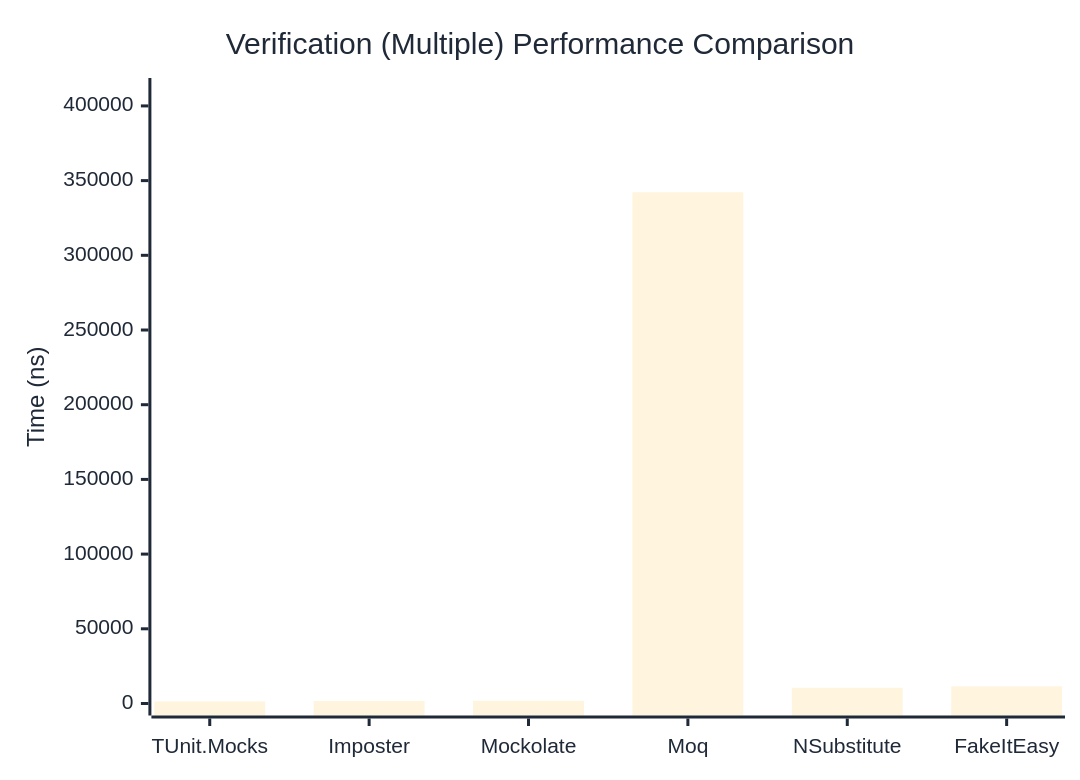
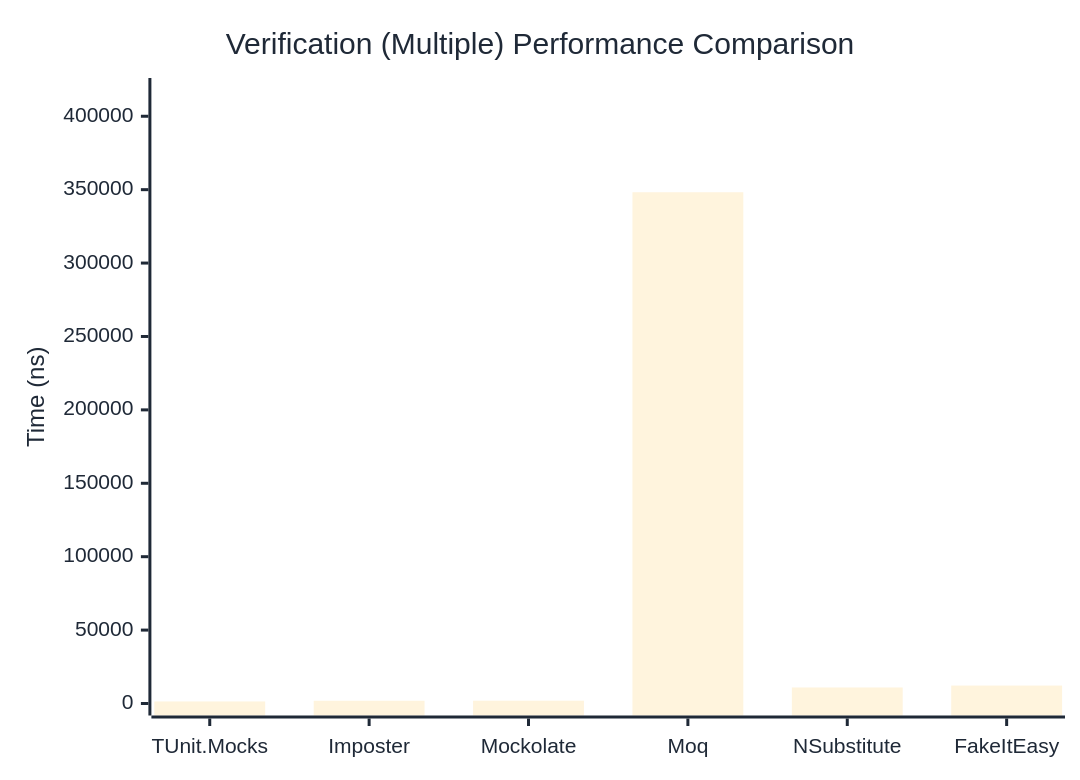
The third of 3 diagrams in docs/docs/benchmarks/mocks/Verification.md (thomhurst/TUnit), drawn with Mermaid before and after one commit. The commit also changed other lines of this file and 14 other files, not shown here.

````diff
--- a/docs/docs/benchmarks/mocks/Verification.md
+++ b/docs/docs/benchmarks/mocks/Verification.md
@@ -110,27 +110,27 @@
 ```mermaid
 %%{init: {
   'theme':'base',
   'themeVariables': {
     'primaryColor': '#2563eb',
     'primaryTextColor': '#1f2937',
     'primaryBorderColor': '#1e40af',
     'lineColor': '#6b7280',
     'secondaryColor': '#7c3aed',
     'tertiaryColor': '#dc2626',
     'background': '#ffffff',
     'pie1': '#2563eb',
     'pie2': '#7c3aed',
     'pie3': '#dc2626',
     'pie4': '#f59e0b',
     'pie5': '#10b981',
     'pie6': '#06b6d4',
     'pie7': '#ec4899',
     'pie8': '#6366f1'
   }
 }}%%
 xychart-beta
   title "Verification (Multiple) Performance Comparison"
   x-axis ["TUnit.Mocks", "Imposter", "Mockolate", "Moq", "NSubstitute", "FakeItEasy"]
-  y-axis "Time (ns)" 0 --> 410656
-  bar [1392.84, 1639.3, 1799.19, 342212.92, 10535.64, 11495.13]
+  y-axis "Time (ns)" 0 --> 417883
+  bar [1390.15, 1858.61, 1914.36, 348235.34, 10910.92, 12227.38]
 ```
````
